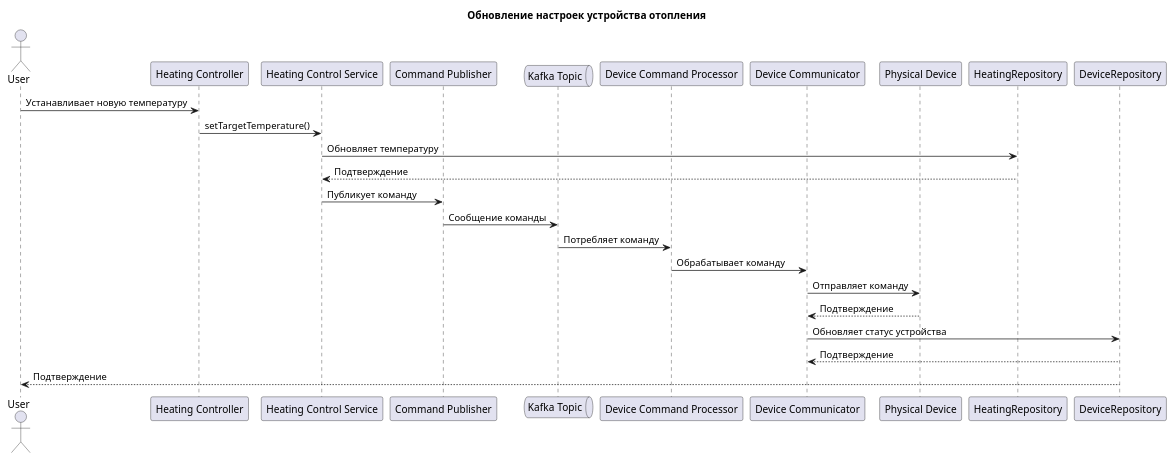
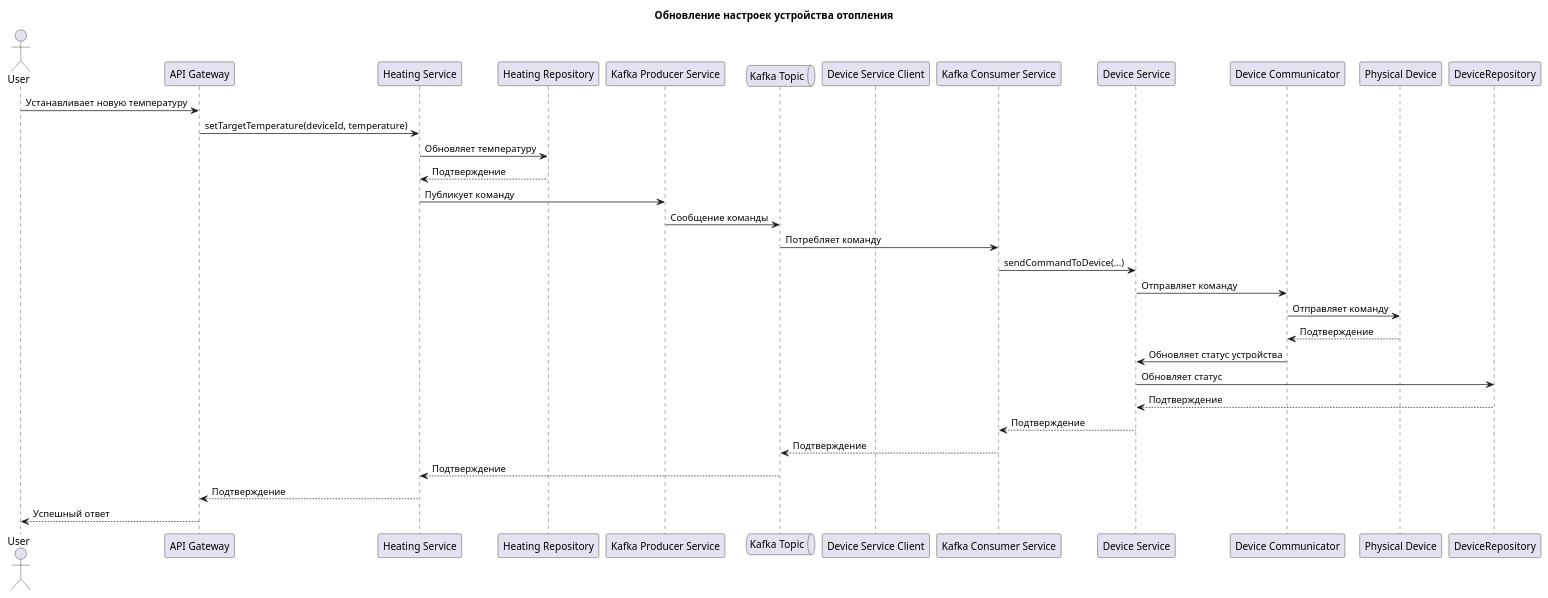
The sixth of 10 diagrams in docs/diagrams/src/task_2.puml (Veles-Pan/practicum-architecture-sprint-3), drawn with PlantUML before and after one commit. The commit also changed other lines of this file and 12 other files, not shown here.

```diff
--- a/docs/diagrams/src/task_2.puml
+++ b/docs/diagrams/src/task_2.puml
@@ -174,28 +210,37 @@
 @startuml device_update_distributed_tracing
 
 title Обновление настроек устройства отопления
 
 actor User
-participant "Heating Controller" as HeatingController
-participant "Heating Control Service" as HeatingControlService
-participant "Command Publisher" as CommandPublisher
+participant "API Gateway" as ApiGateway
+participant "Heating Service" as HeatingService
+participant "Heating Repository" as HeatingRepository
+participant "Kafka Producer Service" as KafkaProducer
 queue "Kafka Topic" as KafkaTopic
-participant "Device Command Processor" as DeviceCommandProcessor
+participant "Device Service Client" as DeviceServiceClient
+participant "Kafka Consumer Service" as DeviceCommandProcessor
+participant "Device Service" as DeviceService
 participant "Device Communicator" as DeviceCommunicator
 participant "Physical Device" as PhysicalDevice
 
-User -> HeatingController: Устанавливает новую температуру
-HeatingController -> HeatingControlService: setTargetTemperature()
-HeatingControlService -> HeatingRepository: Обновляет температуру
-HeatingRepository --> HeatingControlService: Подтверждение
-HeatingControlService -> CommandPublisher: Публикует команду
-CommandPublisher -> KafkaTopic: Сообщение команды
+User -> ApiGateway: Устанавливает новую температуру
+ApiGateway -> HeatingService: setTargetTemperature(deviceId, temperature)
+HeatingService -> HeatingRepository: Обновляет температуру
+HeatingRepository --> HeatingService: Подтверждение
+HeatingService -> KafkaProducer: Публикует команду
+KafkaProducer -> KafkaTopic: Сообщение команды
 KafkaTopic -> DeviceCommandProcessor: Потребляет команду
-DeviceCommandProcessor -> DeviceCommunicator: Обрабатывает команду
+DeviceCommandProcessor -> DeviceService: sendCommandToDevice(...)
+DeviceService -> DeviceCommunicator: Отправляет команду
 DeviceCommunicator -> PhysicalDevice: Отправляет команду
 PhysicalDevice --> DeviceCommunicator: Подтверждение
-DeviceCommunicator -> DeviceRepository: Обновляет статус устройства
-DeviceRepository --> DeviceCommunicator: Подтверждение
-DeviceRepository --> User: Подтверждение
+DeviceCommunicator -> DeviceService: Обновляет статус устройства
+DeviceService -> DeviceRepository: Обновляет статус
+DeviceRepository --> DeviceService: Подтверждение
+DeviceService --> DeviceCommandProcessor: Подтверждение
+DeviceCommandProcessor --> KafkaTopic: Подтверждение
+KafkaTopic --> HeatingService: Подтверждение
+HeatingService --> ApiGateway: Подтверждение
+ApiGateway --> User: Успешный ответ
 
 @enduml
```
